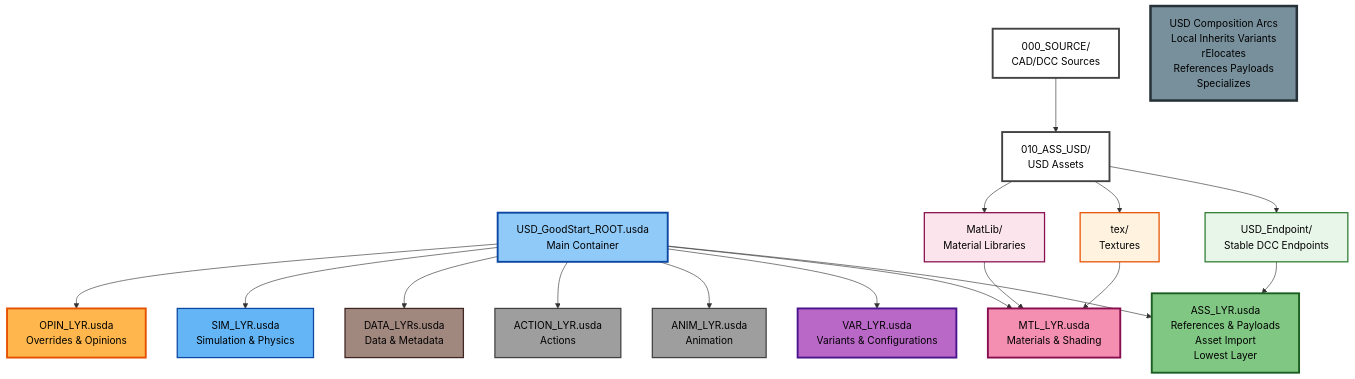
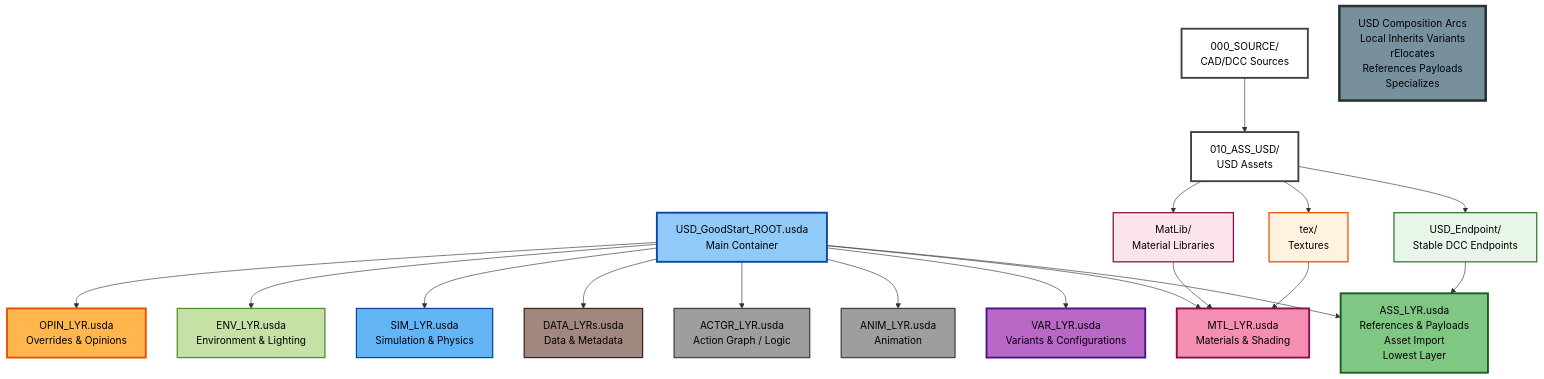
One commit to jph2/USD_GoodStart changed the diagram in README.md. Above: the diagram before and after it, drawn with Mermaid. The commit also changed other lines of this file and 17 other files, not shown here.

First line of the commit message:
Align GoodStart root and base layers with ENV_LYR and Omniverse metadata

````diff
--- a/README.md
+++ b/README.md
@@ -53,38 +53,40 @@
 ```mermaid
 graph TD
     Root[USD_GoodStart_ROOT.usda<br/>Main Container] --> Opinion[OPIN_LYR.usda<br/>Overrides & Opinions]
+    Root --> Env[ENV_LYR.usda<br/>Environment & Lighting]
     Root --> Sim[SIM_LYR.usda<br/>Simulation & Physics]
     Root --> Data[DATA_LYRs.usda<br/>Data & Metadata]
-    Root --> Action[ACTION_LYR.usda<br/>Actions]
+    Root --> Actgr[ACTGR_LYR.usda<br/>Action Graph / Logic]
     Root --> Anim[ANIM_LYR.usda<br/>Animation]
     Root --> Variant[VAR_LYR.usda<br/>Variants & Configurations]
     Root --> Material[MTL_LYR.usda<br/>Materials & Shading]
     Root --> Asset[ASS_LYR.usda<br/>References & Payloads<br/>Asset Import<br/>Lowest Layer]
     
     Source[000_SOURCE/<br/>CAD/DCC Sources] --> Assets[010_ASS_USD/<br/>USD Assets]
     Assets --> MatLib[MatLib/<br/>Material Libraries]
     Assets --> Tex[tex/<br/>Textures]
     Assets --> Endpoint[USD_Endpoint/<br/>Stable DCC Endpoints]
     
     Endpoint --> Asset
     MatLib --> Material
     Tex --> Material
     
     Composition[USD Composition Arcs<br/>Local Inherits Variants<br/>rElocates<br/>References Payloads<br/>Specializes]
     
     style Root fill:#90caf9,stroke:#0d47a1,stroke-width:3px,color:#000
     style Asset fill:#81c784,stroke:#1b5e20,stroke-width:3px,color:#000
     style Opinion fill:#ffb74d,stroke:#e65100,stroke-width:3px,color:#000
     style Variant fill:#ba68c8,stroke:#4a148c,stroke-width:3px,color:#000
     style Material fill:#f48fb1,stroke:#880e4f,stroke-width:3px,color:#000
     style Sim fill:#64b5f6,stroke:#0d47a1,stroke-width:2px,color:#000
     style Data fill:#a1887f,stroke:#3e2723,stroke-width:2px,color:#000
-    style Action fill:#9e9e9e,stroke:#424242,stroke-width:2px,color:#000
+    style Env fill:#c5e1a5,stroke:#558b2f,stroke-width:2px,color:#000
+    style Actgr fill:#9e9e9e,stroke:#424242,stroke-width:2px,color:#000
     style Anim fill:#9e9e9e,stroke:#424242,stroke-width:2px,color:#000
     style Composition fill:#78909c,stroke:#263238,stroke-width:4px,color:#000
     style Source fill:#ffffff,stroke:#424242,stroke-width:3px,color:#000
     style Assets fill:#ffffff,stroke:#424242,stroke-width:3px,color:#000
     style Endpoint fill:#e8f5e9,stroke:#2e7d32,stroke-width:2px,color:#000
     style MatLib fill:#fce4ec,stroke:#880e4f,stroke-width:2px,color:#000
     style Tex fill:#fff3e0,stroke:#e65100,stroke-width:2px,color:#000
 ```
````
